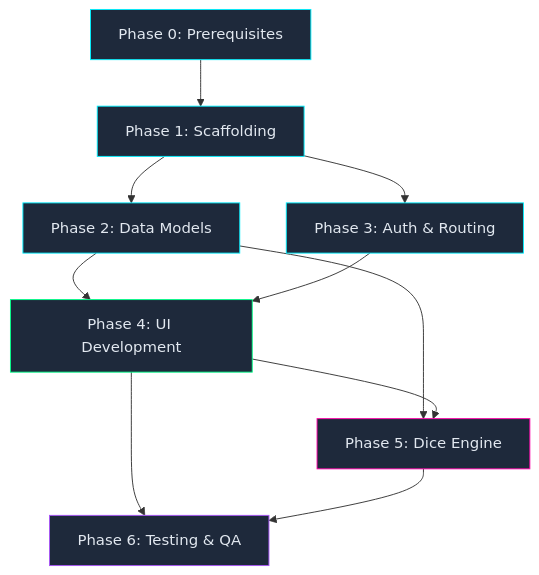
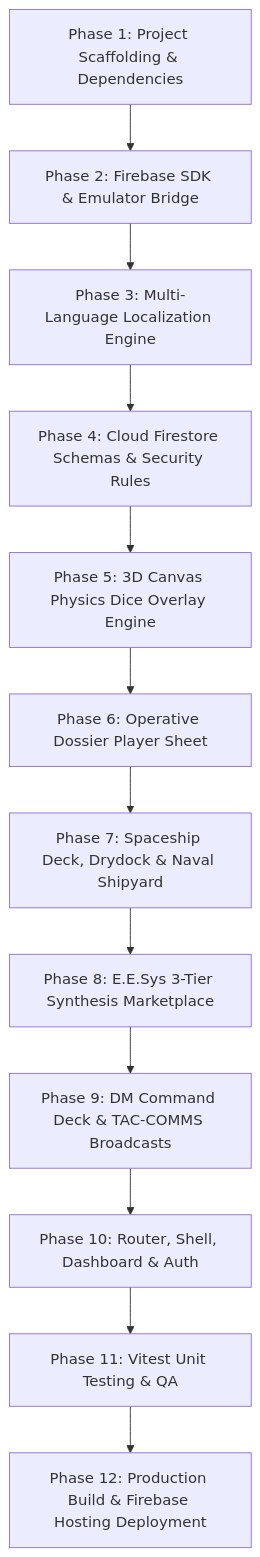
The diagram in plan.md (JudasTheUG/unendingvoid), drawn with Mermaid before and after one commit. The commit also changed other lines of this file and 1 other file, not shown here.

````diff
--- a/plan.md
+++ b/plan.md
@@ -1150,20 +112,14 @@
 ```mermaid
 graph TD
-    P0["Phase 0: Prerequisites"] --> P1["Phase 1: Scaffolding"]
-    P1 --> P2["Phase 2: Data Models"]
-    P1 --> P3["Phase 3: Auth & Routing"]
-    P2 --> P4["Phase 4: UI Development"]
-    P3 --> P4
-    P2 --> P5["Phase 5: Dice Engine"]
-    P4 --> P5
-    P4 --> P6["Phase 6: Testing & QA"]
-    P5 --> P6
-
-    style P0 fill:#1e293b,stroke:#00f0ff,color:#e2e8f0
-    style P1 fill:#1e293b,stroke:#00f0ff,color:#e2e8f0
-    style P2 fill:#1e293b,stroke:#00f0ff,color:#e2e8f0
-    style P3 fill:#1e293b,stroke:#00f0ff,color:#e2e8f0
-    style P4 fill:#1e293b,stroke:#00ff88,color:#e2e8f0
-    style P5 fill:#1e293b,stroke:#ff00aa,color:#e2e8f0
-    style P6 fill:#1e293b,stroke:#a855f7,color:#e2e8f0
+    P1[Phase 1: Project Scaffolding & Dependencies] --> P2[Phase 2: Firebase SDK & Emulator Bridge]
+    P2 --> P3[Phase 3: Multi-Language Localization Engine]
+    P3 --> P4[Phase 4: Cloud Firestore Schemas & Security Rules]
+    P4 --> P5[Phase 5: 3D Canvas Physics Dice Overlay Engine]
+    P5 --> P6[Phase 6: Operative Dossier Player Sheet]
+    P6 --> P7[Phase 7: Spaceship Deck, Drydock & Naval Shipyard]
+    P7 --> P8[Phase 8: E.E.Sys 3-Tier Synthesis Marketplace]
+    P8 --> P9[Phase 9: DM Command Deck & TAC-COMMS Broadcasts]
+    P9 --> P10[Phase 10: Router, Shell, Dashboard & Auth]
+    P10 --> P11[Phase 11: Vitest Unit Testing & QA]
+    P11 --> P12[Phase 12: Production Build & Firebase Hosting Deployment]
 ```
````
